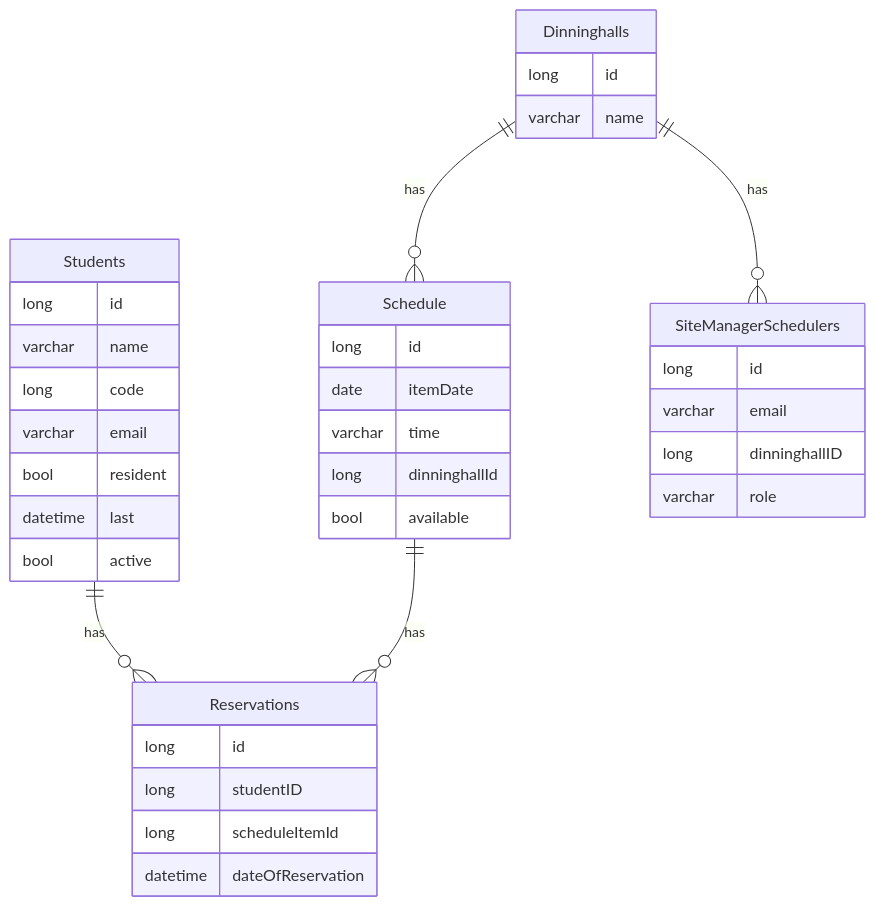
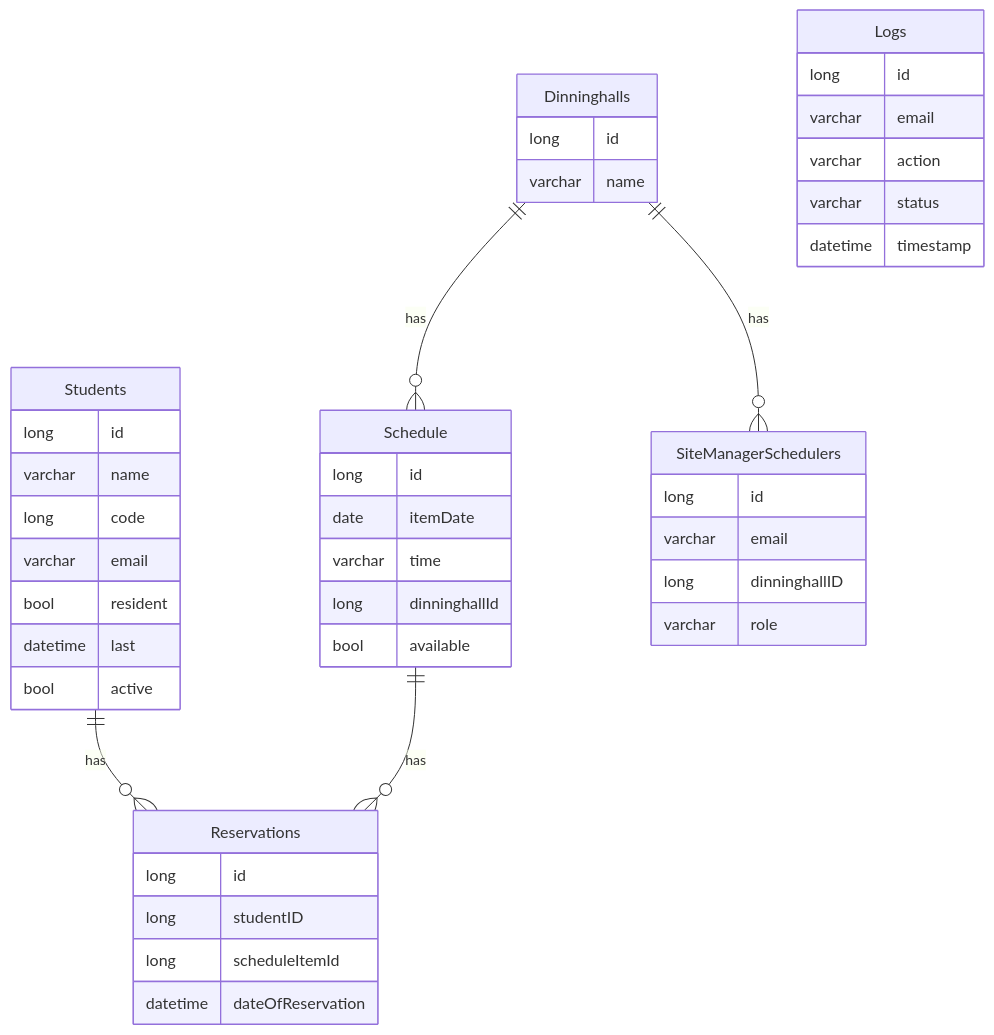
Before and after one commit to serize02/Siral-Server: the diagram in src/main/kotlin/com/siral/docs/_database_schema.md, drawn with Mermaid. The commit also changed other lines of this file and 2 other files, not shown here.

Commit message:
new documentation

````diff
--- a/src/main/kotlin/com/siral/docs/_database_schema.md
+++ b/src/main/kotlin/com/siral/docs/_database_schema.md
@@ -47,40 +54,47 @@
 ```mermaid
 erDiagram
     Students {
         long id
         varchar name
         long code
         varchar email
         bool resident
         datetime last
         bool active
     }
     Dinninghalls {
         long id
         varchar name
     }
     Schedule {
         long id
         date itemDate
         varchar time
         long dinninghallId
         bool available
     }
     Reservations {
         long id
         long studentID
         long scheduleItemId
         datetime dateOfReservation
     }
     SiteManagerSchedulers {
         long id
         varchar email
         long dinninghallID
         varchar role
     }
+    Logs {
+        long id
+        varchar email
+        varchar action
+        varchar status
+        datetime timestamp
+    }
 
     Students ||--o{ Reservations: "has"
     Dinninghalls ||--o{ Schedule: "has"
     Schedule ||--o{ Reservations: "has"
     Dinninghalls ||--o{ SiteManagerSchedulers: "has"
 ```
````
